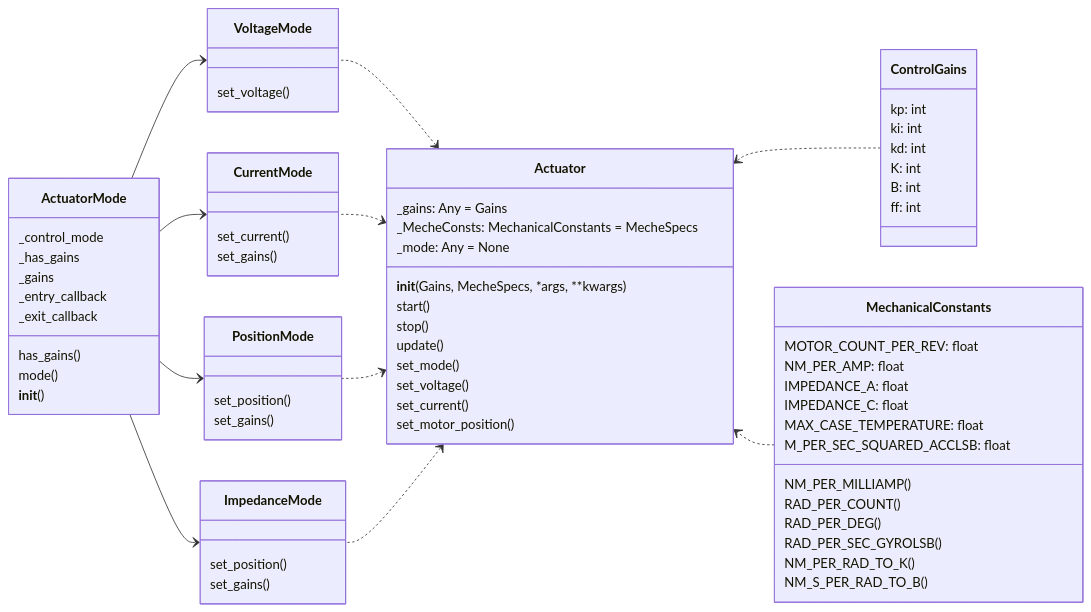
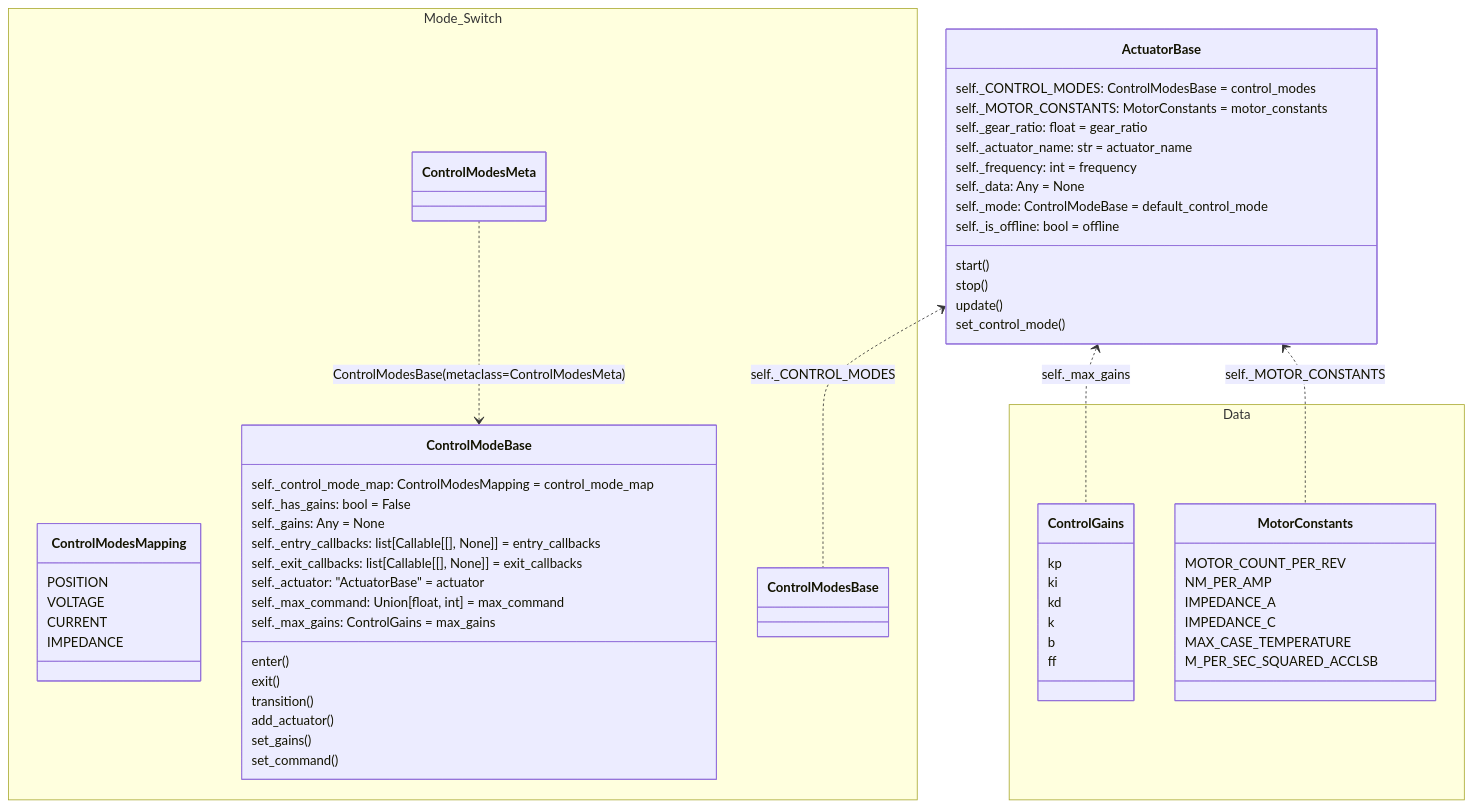
One commit to neurobionics/opensourceleg changed the diagram in opensourceleg/hardware/actuators/README.md. Above: the diagram before and after it, drawn with Mermaid. The commit also changed other lines of this file, not shown here.

Commit message:
actuators document updated

````diff
--- a/opensourceleg/hardware/actuators/README.md
+++ b/opensourceleg/hardware/actuators/README.md
@@ -104,75 +120,71 @@
 ```mermaid
 classDiagram
-  direction RL
-  class ControlGains {
-    kp: int
-    ki: int
-    kd: int
-    K: int
-    B: int
-    ff: int
+  namespace Mode_Switch{
+    class ControlModesMapping{
+        POSITION
+        VOLTAGE
+        CURRENT
+        IMPEDANCE
+    }
+    class ControlModesMeta{
+        
+    }
+    class ControlModeBase{
+        self._control_mode_map: ControlModesMapping = control_mode_map
+        self._has_gains: bool = False
+        self._gains: Any = None
+        self._entry_callbacks: list[Callable[[], None]] = entry_callbacks
+        self._exit_callbacks: list[Callable[[], None]] = exit_callbacks
+        self._actuator: "ActuatorBase" = actuator
+        self._max_command: Union[float, int] = max_command
+        self._max_gains: ControlGains = max_gains
+        enter()
+        exit()
+        transition()
+        add_actuator()
+        set_gains()
+        set_command()
+    }
+    class ControlModesBase{
+
+    }
   }
-  class MechanicalConstants{
-    MOTOR_COUNT_PER_REV: float
-    NM_PER_AMP: float
-    IMPEDANCE_A: float
-    IMPEDANCE_C: float
-    MAX_CASE_TEMPERATURE: float
-    M_PER_SEC_SQUARED_ACCLSB: float
-    NM_PER_MILLIAMP()
-    RAD_PER_COUNT()
-    RAD_PER_DEG()
-    RAD_PER_SEC_GYROLSB()
-    NM_PER_RAD_TO_K()
-    NM_S_PER_RAD_TO_B()
+  class ActuatorBase{
+        self._CONTROL_MODES: ControlModesBase = control_modes
+        self._MOTOR_CONSTANTS: MotorConstants = motor_constants
+        self._gear_ratio: float = gear_ratio
+        self._actuator_name: str = actuator_name
+        self._frequency: int = frequency
+        self._data: Any = None
+        self._mode: ControlModeBase = default_control_mode
+        self._is_offline: bool = offline
+        start()
+        stop()
+        update()
+        set_control_mode()
+
   }
-  class ActuatorMode{
-    _control_mode
-    _has_gains
-    _gains
-    _entry_callback
-    _exit_callback
-    has_gains()
-    mode()
-    __init__()
+  namespace Data{
+    class ControlGains{
+        kp
+        ki
+        kd
+        k
+        b
+        ff
+    }
+    class MotorConstants{
+        MOTOR_COUNT_PER_REV
+        NM_PER_AMP
+        IMPEDANCE_A
+        IMPEDANCE_C
+        MAX_CASE_TEMPERATURE
+        M_PER_SEC_SQUARED_ACCLSB
+    }
   }
-  class VoltageMode{
-    set_voltage()
-  }
-  class CurrentMode{
-    set_current()
-    set_gains()
-  }
-  class PositionMode{
-    set_position()
-    set_gains()
-  }
-  class ImpedanceMode{
-    set_position()
-    set_gains()
-  }
- class Actuator{
-    __init__(Gains, MecheSpecs, *args, **kwargs)
-    _gains: Any = Gains
-    _MecheConsts: MechanicalConstants = MecheSpecs
-    _mode: Any = None
-    start()
-    stop()
-    update()
-    set_mode()
-    set_voltage()
-    set_current()
-    set_motor_position()
- }
-VoltageMode <-- ActuatorMode
-CurrentMode <-- ActuatorMode
-PositionMode <-- ActuatorMode
-ImpedanceMode <-- ActuatorMode
-ControlGains ..> Actuator
-MechanicalConstants ..> Actuator
-
-Actuator <.. VoltageMode
-Actuator <.. CurrentMode
-Actuator <.. PositionMode
-Actuator <.. ImpedanceMode
+  
+  ActuatorBase <.. ControlModesBase: self._CONTROL_MODES
+  ActuatorBase <.. ControlGains: self._max_gains
+  ControlModesMeta ..> ControlModeBase: ControlModesBase(metaclass=ControlModesMeta)
+  ActuatorBase <.. MotorConstants: self._MOTOR_CONSTANTS
 ```
````
